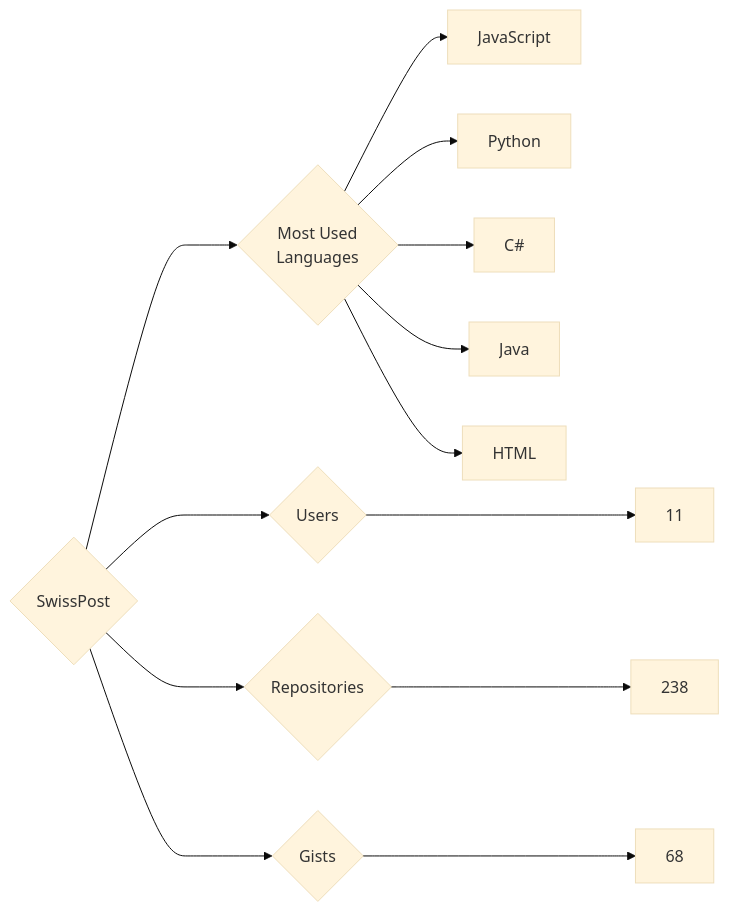
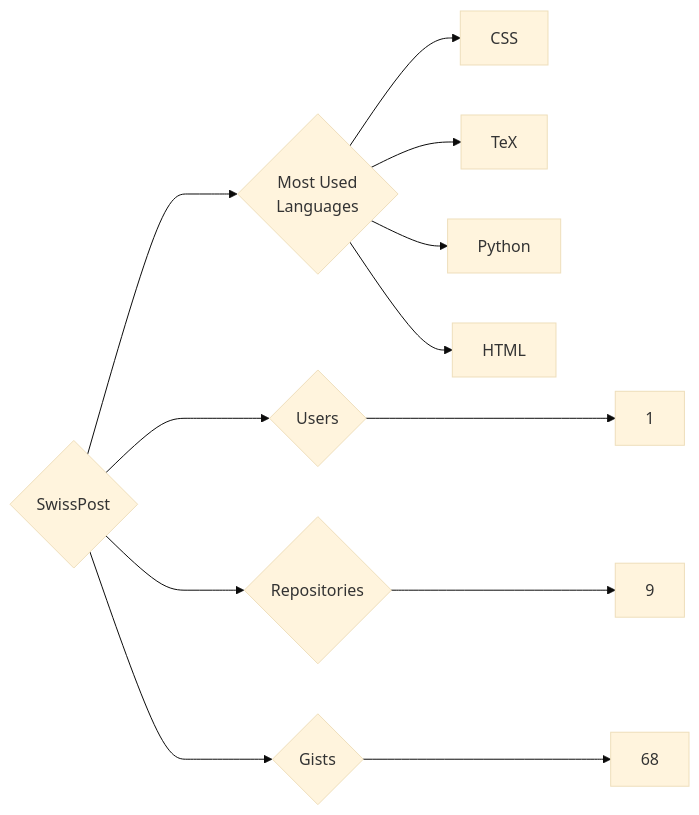
One commit to trickest/insiders changed the diagram in targets/SwissPost/README.md. Above: the diagram before and after it, drawn with Mermaid (base theme). The commit also changed 582 other files, not shown here.

````diff
--- a/targets/SwissPost/README.md
+++ b/targets/SwissPost/README.md
@@ -3,13 +3,12 @@
 ```mermaid
 graph LR
 COMPANY_NAME{SwissPost}
-COMPANY_NAME ---> U{Users} ---> UN[11]
-COMPANY_NAME ---> R{Repositories} ---> RN[238]
+COMPANY_NAME ---> U{Users} ---> UN[1]
+COMPANY_NAME ---> R{Repositories} ---> RN[9]
 COMPANY_NAME ---> G{Gists} ---> GN[68]
 COMPANY_NAME ---> ML{Most Used<br>Languages}
-ML --> JavaScript[JavaScript]
+ML --> CSS[CSS]
+ML --> TeX[TeX]
 ML --> Python[Python]
-ML --> C#[C#]
-ML --> Java[Java]
 ML --> HTML[HTML]
 ```
````
